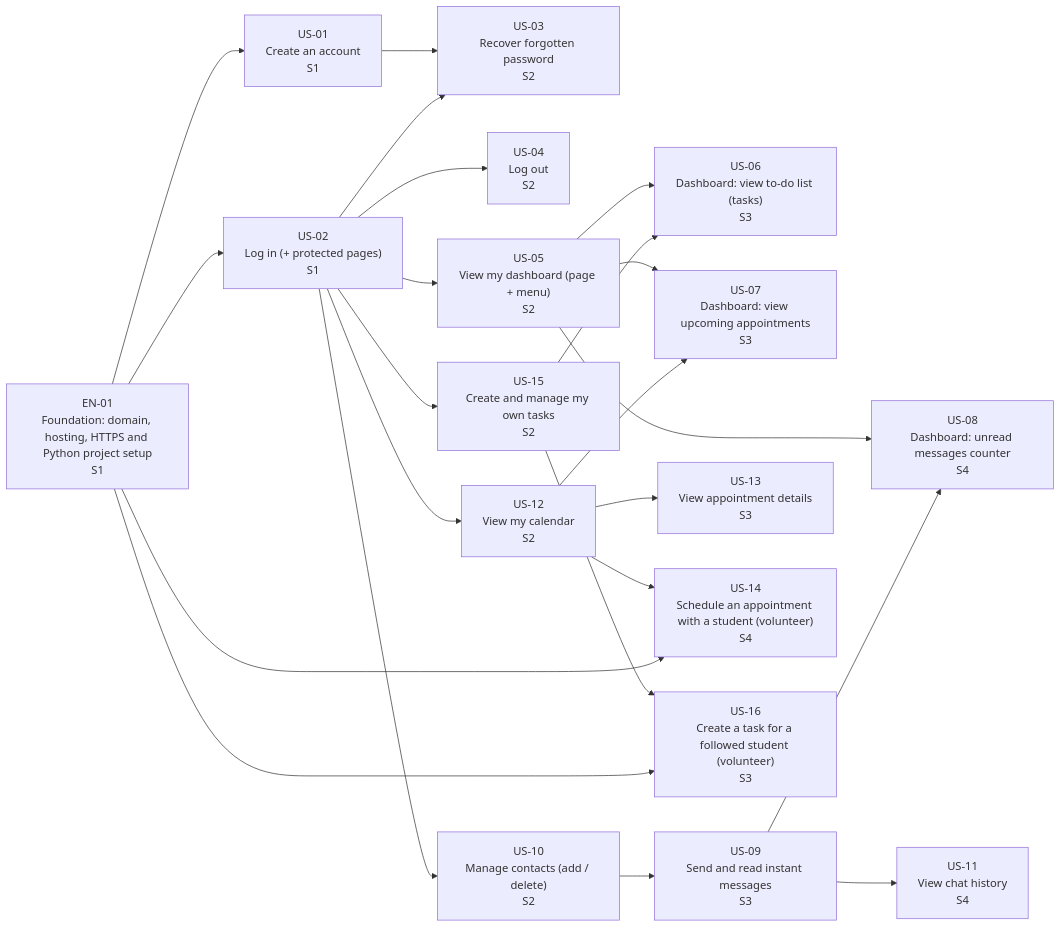
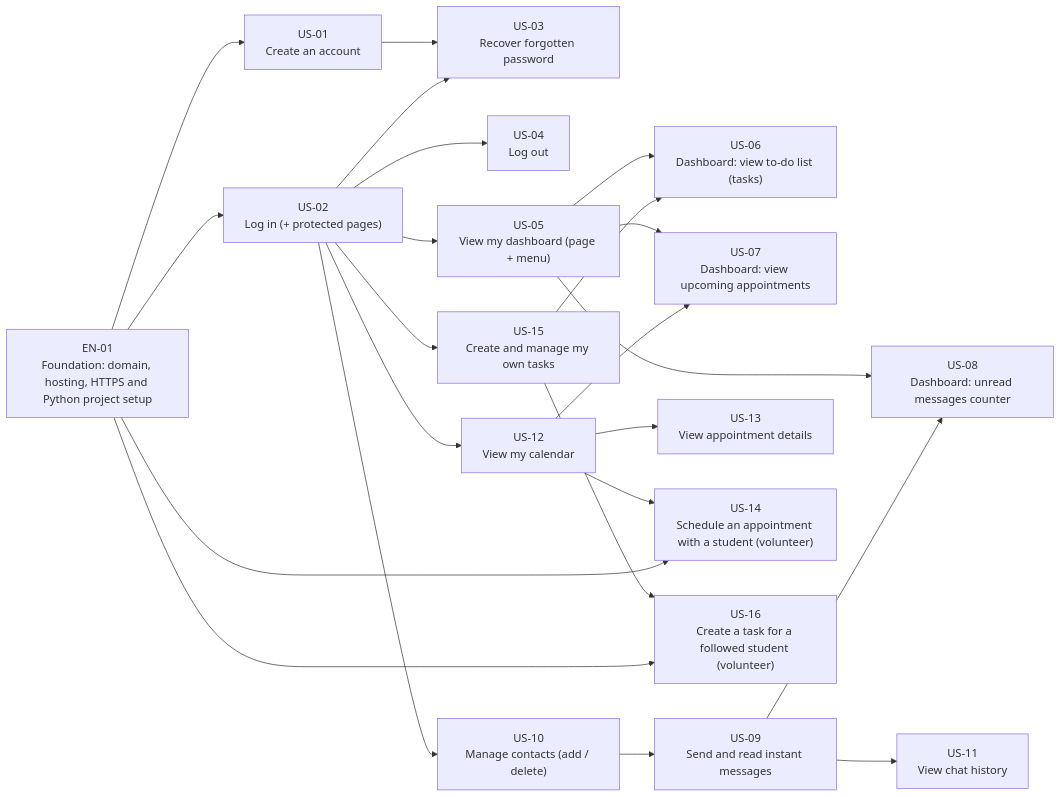
One commit to hassiba98/learn-home changed the diagram in KANBAN.md. Above: the diagram before and after it, drawn with Mermaid. The commit also changed other lines of this file and 4 other files, not shown here.

````diff
--- a/KANBAN.md
+++ b/KANBAN.md
@@ -24,42 +24,42 @@
 ```mermaid
 graph LR
-  EN01["EN-01<br/>Foundation: domain, hosting, HTTPS and Python project setup<br/>S1"]
-  US01["US-01<br/>Create an account<br/>S1"]
-  US02["US-02<br/>Log in (+ protected pages)<br/>S1"]
-  US03["US-03<br/>Recover forgotten password<br/>S2"]
-  US04["US-04<br/>Log out<br/>S2"]
-  US05["US-05<br/>View my dashboard (page + menu)<br/>S2"]
-  US06["US-06<br/>Dashboard: view to-do list (tasks)<br/>S3"]
-  US07["US-07<br/>Dashboard: view upcoming appointments<br/>S3"]
-  US08["US-08<br/>Dashboard: unread messages counter<br/>S4"]
-  US09["US-09<br/>Send and read instant messages<br/>S3"]
-  US10["US-10<br/>Manage contacts (add / delete)<br/>S2"]
-  US11["US-11<br/>View chat history<br/>S4"]
-  US12["US-12<br/>View my calendar<br/>S2"]
-  US13["US-13<br/>View appointment details<br/>S3"]
-  US14["US-14<br/>Schedule an appointment with a student (volunteer)<br/>S4"]
-  US15["US-15<br/>Create and manage my own tasks<br/>S2"]
-  US16["US-16<br/>Create a task for a followed student (volunteer)<br/>S3"]
+  EN01["EN-01<br/>Foundation: domain, hosting, HTTPS and Python project setup"]
+  US01["US-01<br/>Create an account"]
+  US02["US-02<br/>Log in (+ protected pages)"]
+  US03["US-03<br/>Recover forgotten password"]
+  US04["US-04<br/>Log out"]
+  US05["US-05<br/>View my dashboard (page + menu)"]
+  US06["US-06<br/>Dashboard: view to-do list (tasks)"]
+  US07["US-07<br/>Dashboard: view upcoming appointments"]
+  US08["US-08<br/>Dashboard: unread messages counter"]
+  US09["US-09<br/>Send and read instant messages"]
+  US10["US-10<br/>Manage contacts (add / delete)"]
+  US11["US-11<br/>View chat history"]
+  US12["US-12<br/>View my calendar"]
+  US13["US-13<br/>View appointment details"]
+  US14["US-14<br/>Schedule an appointment with a student (volunteer)"]
+  US15["US-15<br/>Create and manage my own tasks"]
+  US16["US-16<br/>Create a task for a followed student (volunteer)"]
   EN01 --> US01
   EN01 --> US02
   US01 --> US03
   US02 --> US03
   US02 --> US04
   US02 --> US05
   US05 --> US06
   US15 --> US06
   US05 --> US07
   US12 --> US07
   US05 --> US08
   US09 --> US08
   US10 --> US09
   US02 --> US10
   US09 --> US11
   US02 --> US12
   US12 --> US13
   US12 --> US14
   EN01 --> US14
   US02 --> US15
   US15 --> US16
   EN01 --> US16
 ```
````
